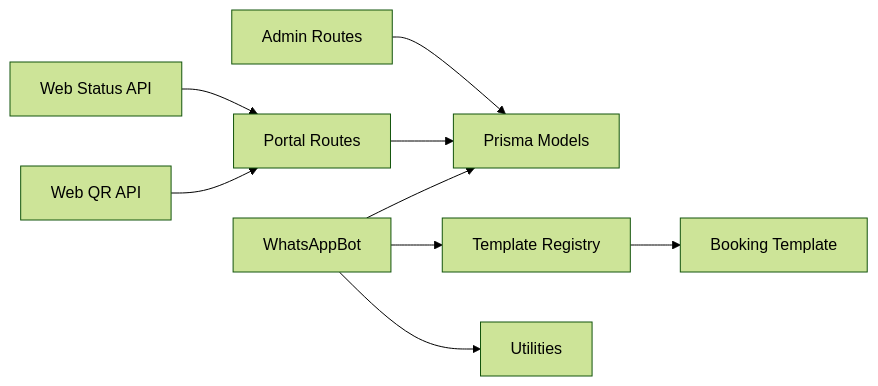
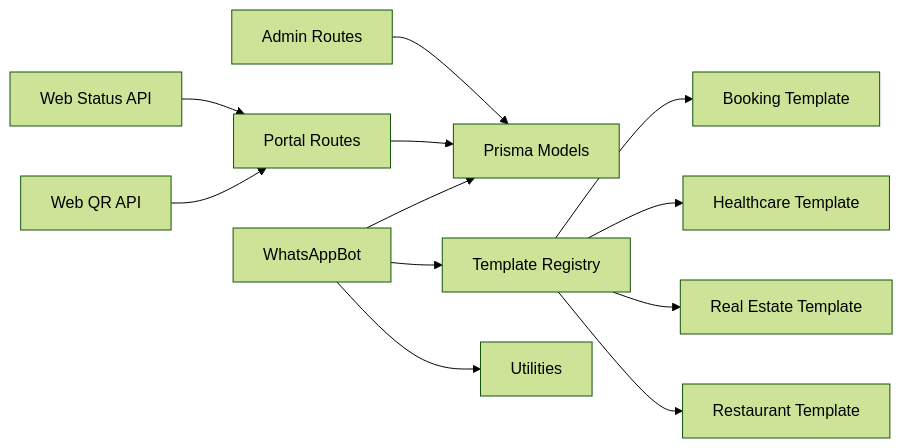
One commit to askchiwa-spec/FLOW-HQ-BOT changed diagram 13 of 13 in .qoder/repowiki/en/content/Template System/Template System.md. Above: the diagram before and after it, drawn with Mermaid (forest theme). The commit also changed other lines of this file and 27 other files, not shown here.

````diff
--- a/.qoder/repowiki/en/content/Template System/Template System.md
+++ b/.qoder/repowiki/en/content/Template System/Template System.md
@@ -437,11 +604,14 @@
 ```mermaid
 graph LR
 CP_ADMIN["Admin Routes"] --> PRISMA["Prisma Models"]
 CP_PORTAL["Portal Routes"] --> PRISMA
 BOT["WhatsAppBot"] --> PRISMA
 BOT --> TPL_IDX["Template Registry"]
 TPL_IDX --> TPL_BOOK["Booking Template"]
+TPL_IDX --> TPL_HEALTH["Healthcare Template"]
+TPL_IDX --> TPL_REAL["Real Estate Template"]
+TPL_IDX --> TPL_REST["Restaurant Template"]
 BOT --> UTILS["Utilities"]
 WEB_STATUS["Web Status API"] --> CP_PORTAL
 WEB_QR["Web QR API"] --> CP_PORTAL
 ```
````
